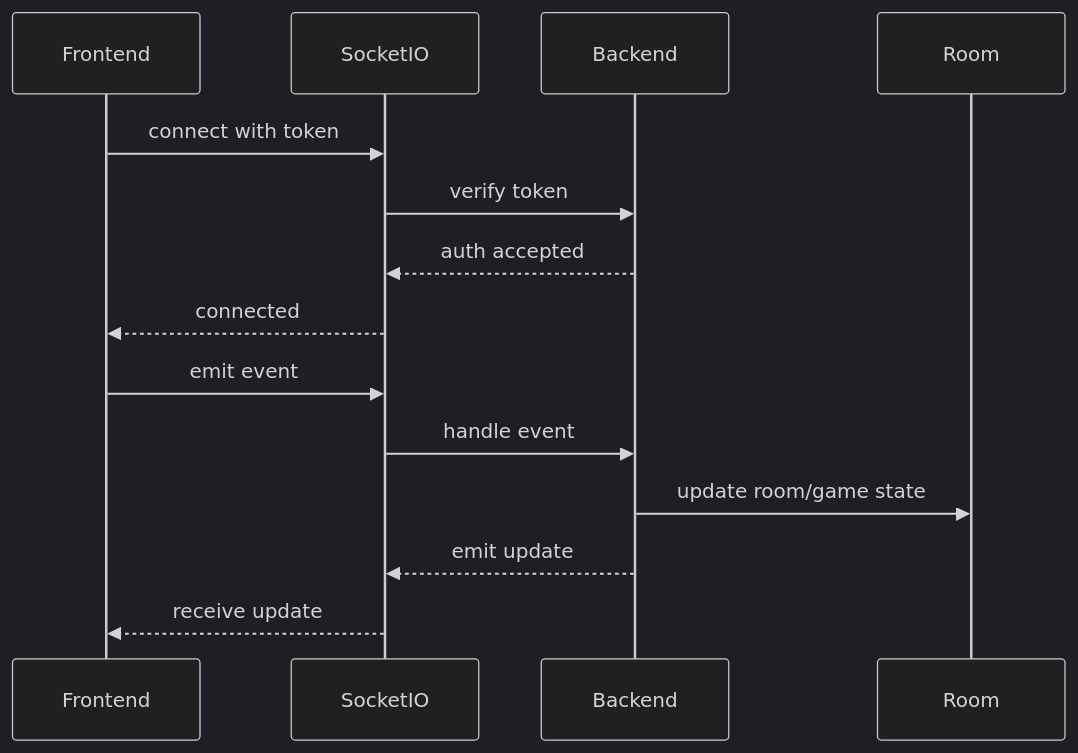
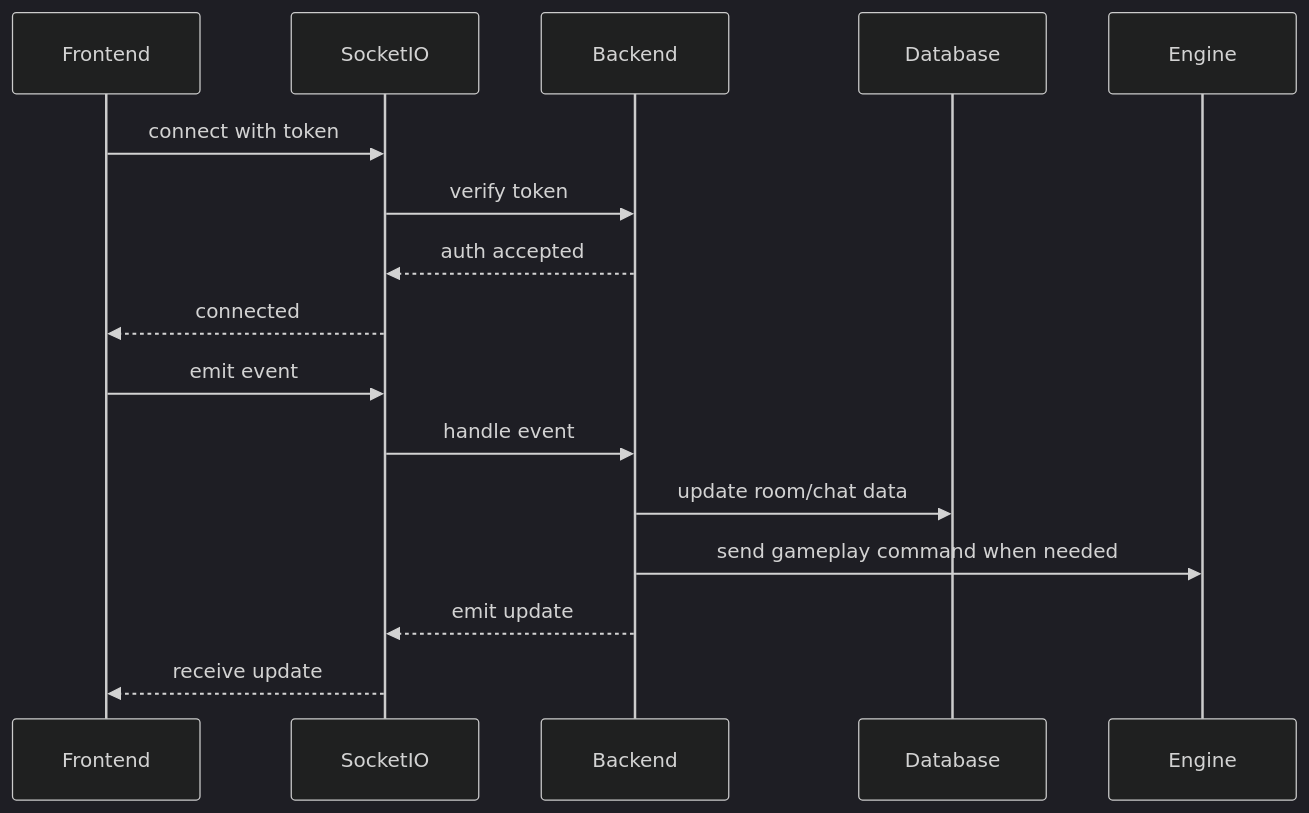
The diagram in docs/modules/realtime-websocket.md (Nanborg/ft_transcendence), drawn with Mermaid (dark theme) before and after one commit. The commit also changed other lines of this file and 8 other files, not shown here.

````diff
--- a/docs/modules/realtime-websocket.md
+++ b/docs/modules/realtime-websocket.md
@@ -40,16 +42,18 @@
 ```mermaid
 sequenceDiagram
   participant Frontend
   participant SocketIO
   participant Backend
-  participant Room
+  participant Database
+  participant Engine
   Frontend->>SocketIO: connect with token
   SocketIO->>Backend: verify token
   Backend-->>SocketIO: auth accepted
   SocketIO-->>Frontend: connected
   Frontend->>SocketIO: emit event
   SocketIO->>Backend: handle event
-  Backend->>Room: update room/game state
+  Backend->>Database: update room/chat data
+  Backend->>Engine: send gameplay command when needed
   Backend-->>SocketIO: emit update
   SocketIO-->>Frontend: receive update
 ```
````
